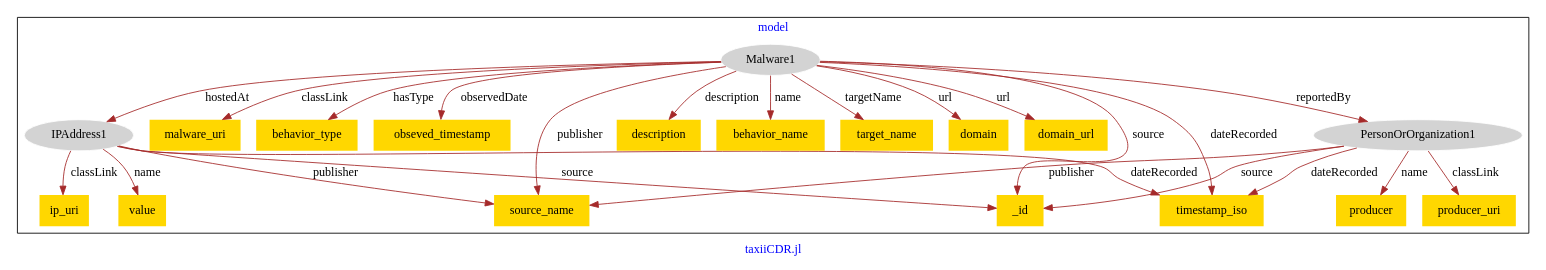
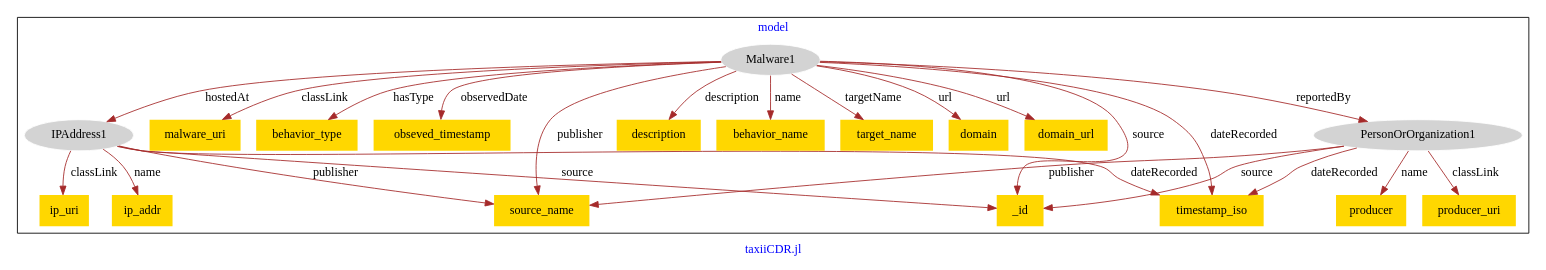
Before and after one commit to usc-isi-i2/effect-alignment: the diagram in models/hg-taxii/hg_taxii-model.dot, drawn with Graphviz.

Commit message:
Update file hg_taxii-model.dot

```diff
--- a/models/hg-taxii/hg_taxii-model.dot
+++ b/models/hg-taxii/hg_taxii-model.dot
@@ -1,49 +1,49 @@
 digraph n0 {
 fontcolor="blue"
 remincross="true"
 label="taxiiCDR.jl"
 subgraph cluster {
 label="model"
 n2[style="filled",color="white",fillcolor="lightgray",label="IPAddress1"];
 n3[shape="plaintext",style="filled",fillcolor="gold",label="ip_uri"];
-n4[shape="plaintext",style="filled",fillcolor="gold",label="value"];
+n4[shape="plaintext",style="filled",fillcolor="gold",label="ip_addr"];
 n5[style="filled",color="white",fillcolor="lightgray",label="Malware1"];
 n6[shape="plaintext",style="filled",fillcolor="gold",label="malware_uri"];
 n7[shape="plaintext",style="filled",fillcolor="gold",label="behavior_type"];
 n8[shape="plaintext",style="filled",fillcolor="gold",label="obseved_timestamp"];
 n9[style="filled",color="white",fillcolor="lightgray",label="PersonOrOrganization1"];
 n10[shape="plaintext",style="filled",fillcolor="gold",label="description"];
 n11[shape="plaintext",style="filled",fillcolor="gold",label="behavior_name"];
 n12[shape="plaintext",style="filled",fillcolor="gold",label="target_name"];
 n13[shape="plaintext",style="filled",fillcolor="gold",label="domain"];
 n14[shape="plaintext",style="filled",fillcolor="gold",label="domain_url"];
 n15[shape="plaintext",style="filled",fillcolor="gold",label="producer_uri"];
 n16[shape="plaintext",style="filled",fillcolor="gold",label="timestamp_iso"];
 n17[shape="plaintext",style="filled",fillcolor="gold",label="producer"];
 n18[shape="plaintext",style="filled",fillcolor="gold",label="source_name"];
 n19[shape="plaintext",style="filled",fillcolor="gold",label="_id"];
 }
 n2 -> n3[color="brown",fontcolor="black",label="classLink"]
 n2 -> n4[color="brown",fontcolor="black",label="name"]
 n5 -> n6[color="brown",fontcolor="black",label="classLink"]
 n5 -> n7[color="brown",fontcolor="black",label="hasType"]
 n5 -> n2[color="brown",fontcolor="black",label="hostedAt"]
 n5 -> n8[color="brown",fontcolor="black",label="observedDate"]
 n5 -> n9[color="brown",fontcolor="black",label="reportedBy"]
 n5 -> n10[color="brown",fontcolor="black",label="description"]
 n5 -> n11[color="brown",fontcolor="black",label="name"]
 n5 -> n12[color="brown",fontcolor="black",label="targetName"]
 n5 -> n13[color="brown",fontcolor="black",label="url"]
 n5 -> n14[color="brown",fontcolor="black",label="url"]
 n9 -> n15[color="brown",fontcolor="black",label="classLink"]
 n9 -> n16[color="brown",fontcolor="black",label="dateRecorded"]
 n9 -> n17[color="brown",fontcolor="black",label="name"]
 n9 -> n18[color="brown",fontcolor="black",label="publisher"]
 n9 -> n19[color="brown",fontcolor="black",label="source"]
-n5 -> n18[color="brown",fontcolor="black",label="publisher"]
+n5 -> n19[color="brown",fontcolor="black",label="source"]
+n2 -> n19[color="brown",fontcolor="black",label="source"]
+n2 -> n18[color="brown",fontcolor="black",label="publisher"]
 n5 -> n16[color="brown",fontcolor="black",label="dateRecorded"]
 n2 -> n16[color="brown",fontcolor="black",label="dateRecorded"]
-n2 -> n19[color="brown",fontcolor="black",label="source"]
-n5 -> n19[color="brown",fontcolor="black",label="source"]
-n2 -> n18[color="brown",fontcolor="black",label="publisher"]
+n5 -> n18[color="brown",fontcolor="black",label="publisher"]
 }
```
